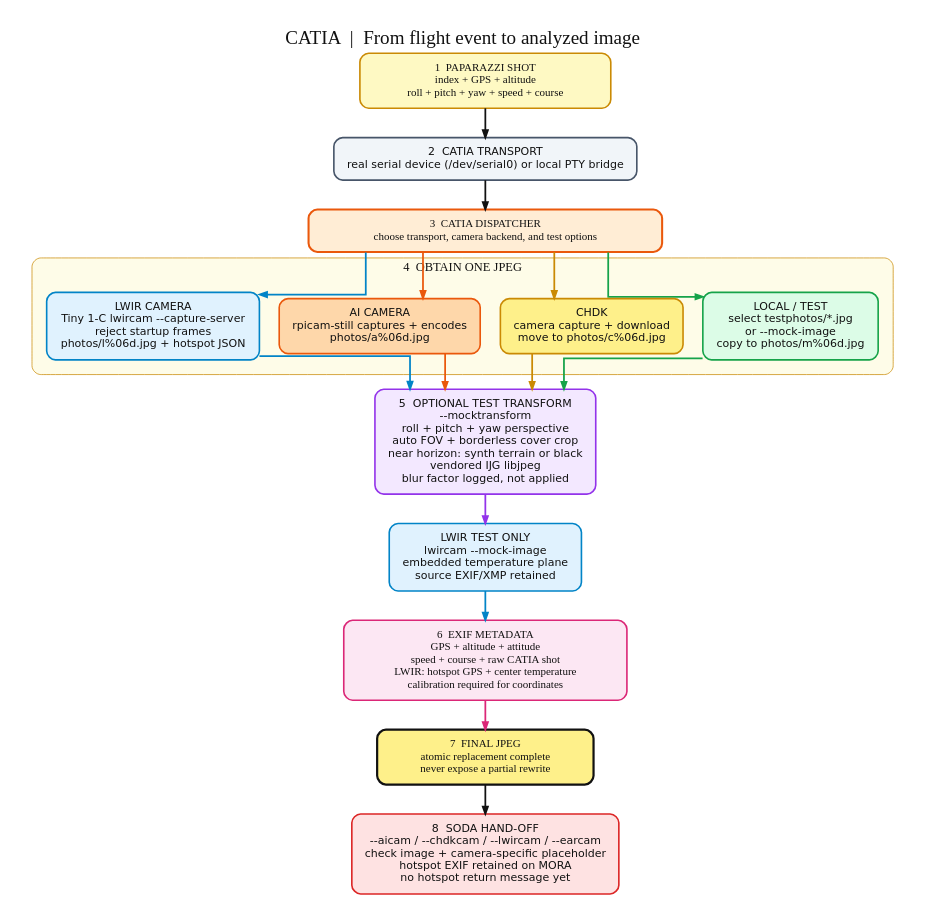
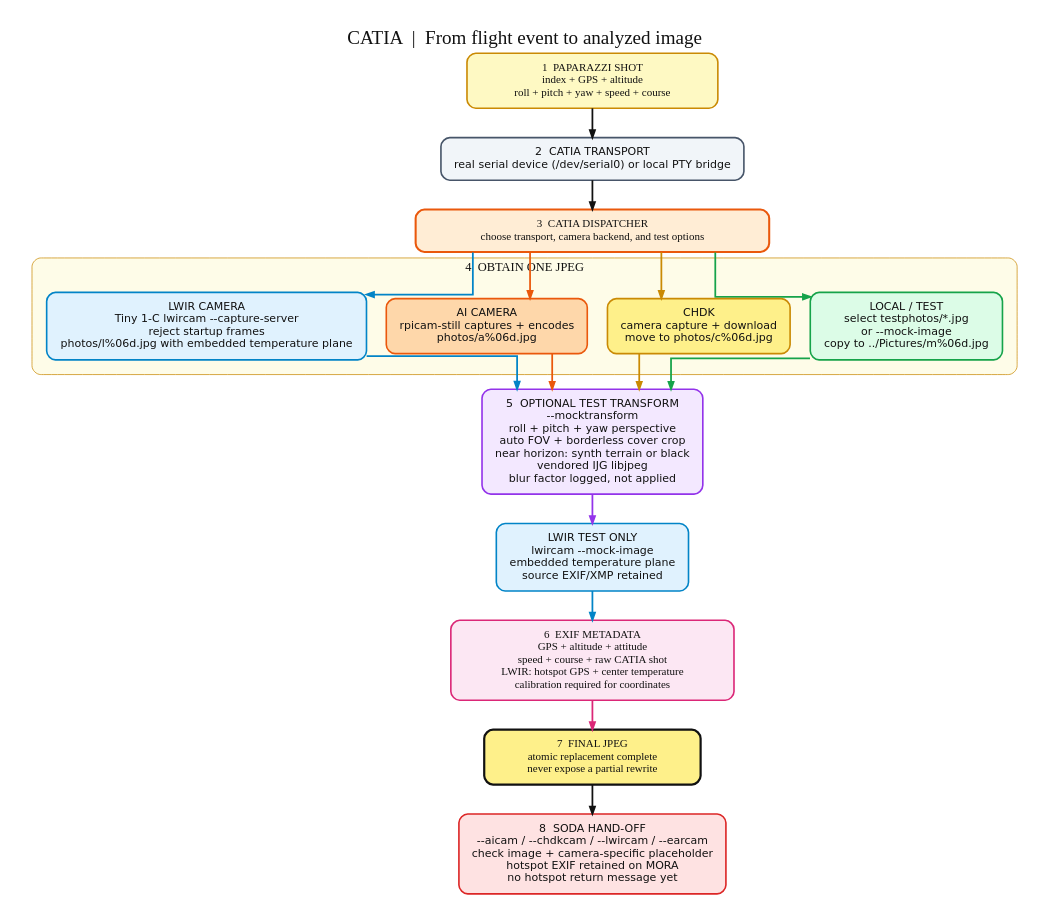
The diagram in sw/airborne/modules/digital_cam/catia/documentation/catia-flow.dot (tudelft/paparazzi), drawn with Graphviz before and after one commit. The commit also changed 242 other files, not shown here.

```diff
--- a/sw/airborne/modules/digital_cam/catia/documentation/catia-flow.dot
+++ b/sw/airborne/modules/digital_cam/catia/documentation/catia-flow.dot
@@ -1,151 +1,151 @@
 digraph CATIA {
   graph [
     rankdir=TB,
     bgcolor="#ffffff",
     pad="0.4",
     nodesep="0.38",
     ranksep="0.55",
     fontname="DejaVu Sans Bold",
     label="CATIA  |  From flight event to analyzed image",
     labelloc="t",
     labeljust="c",
     fontsize=26,
     fontcolor="#111111",
     splines=ortho
   ];
 
   node [
     shape=rect,
     style="rounded,filled",
     fontname="DejaVu Sans",
     fontsize=15,
     fontcolor="#111111",
     color="#111111",
     penwidth=2.2,
     margin="0.25,0.16"
   ];
 
   edge [
     fontname="DejaVu Sans Bold",
     fontsize=13,
     fontcolor="#111111",
     color="#111111",
     penwidth=2.4,
     arrowsize=1.0
   ];
 
   shot [
     label="1  PAPARAZZI SHOT\nindex + GPS + altitude\nroll + pitch + yaw + speed + course",
     fillcolor="#fef9c3",
     color="#ca8a04",
     fontname="DejaVu Sans Bold"
   ];
 
   transport [
     label="2  CATIA TRANSPORT\nreal serial device (/dev/serial0) or local PTY bridge",
     fillcolor="#f1f5f9",
     color="#475569"
   ];
 
   dispatcher [
     label="3  CATIA DISPATCHER\nchoose transport, camera backend, and test options",
     fillcolor="#ffedd5",
     color="#ea580c",
     penwidth=2.8,
     fontname="DejaVu Sans Bold"
   ];
 
   subgraph cluster_capture {
     label="4  OBTAIN ONE JPEG";
     labelloc="t";
     fontsize=17;
     fontname="DejaVu Sans Bold";
     fontcolor="#111111";
     color="#ca8a04";
     fillcolor="#fefce8";
     style="rounded,filled";
     margin=20;
 
     local [
-      label="LOCAL / TEST\nselect testphotos/*.jpg\nor --mock-image\ncopy to photos/m%06d.jpg",
+      label="LOCAL / TEST\nselect testphotos/*.jpg\nor --mock-image\ncopy to ../Pictures/m%06d.jpg",
       fillcolor="#dcfce7",
       color="#16a34a",
       penwidth=2.2
     ];
 
     chdk [
       label="CHDK\ncamera capture + download\nmove to photos/c%06d.jpg",
       fillcolor="#fef08a",
       color="#ca8a04",
       penwidth=2.2
     ];
 
     aicam [
       label="AI CAMERA\nrpicam-still captures + encodes\nphotos/a%06d.jpg",
       fillcolor="#fed7aa",
       color="#ea580c",
       penwidth=2.2
     ];
 
     lwircam [
-      label="LWIR CAMERA\nTiny 1-C lwircam --capture-server\nreject startup frames\nphotos/l%06d.jpg + hotspot JSON",
+      label="LWIR CAMERA\nTiny 1-C lwircam --capture-server\nreject startup frames\nphotos/l%06d.jpg with embedded temperature plane",
       fillcolor="#e0f2fe",
       color="#0284c7",
       penwidth=2.2
     ];
 
     {rank=same; local; chdk; aicam; lwircam;}
   }
 
   transform [
     label="5  OPTIONAL TEST TRANSFORM\n--mocktransform\nroll + pitch + yaw perspective\nauto FOV + borderless cover crop\nnear horizon: synth terrain or black\nvendored IJG libjpeg\nblur factor logged, not applied",
     fillcolor="#f3e8ff",
     color="#9333ea",
     penwidth=2.2
   ];
 
   exif [
     label="6  EXIF METADATA\nGPS + altitude + attitude\nspeed + course + raw CATIA shot\nLWIR: hotspot GPS + center temperature\ncalibration required for coordinates",
     fillcolor="#fce7f3",
     color="#db2777",
     penwidth=2.2,
     fontname="DejaVu Sans Bold"
   ];
 
   mock_hotspots [
     label="LWIR TEST ONLY\nlwircam --mock-image\nembedded temperature plane\nsource EXIF/XMP retained",
     fillcolor="#e0f2fe",
     color="#0284c7",
     penwidth=2.2
   ];
 
   final [
     label="7  FINAL JPEG\natomic replacement complete\nnever expose a partial rewrite",
     fillcolor="#fef08a",
     color="#111111",
     penwidth=3.0,
     fontname="DejaVu Sans Bold"
   ];
 
   soda [
     label="8  SODA HAND-OFF\n--aicam / --chdkcam / --lwircam / --earcam\ncheck image + camera-specific placeholder\nhotspot EXIF retained on MORA\nno hotspot return message yet",
     fillcolor="#fee2e2",
     color="#dc2626",
     penwidth=2.2
   ];
 
   shot -> transport;
   transport -> dispatcher;
   dispatcher -> local [color="#16a34a"];
   dispatcher -> chdk [color="#ca8a04"];
   dispatcher -> aicam [color="#ea580c"];
   dispatcher -> lwircam [color="#0284c7"];
   local -> transform [color="#16a34a"];
   chdk -> transform [color="#ca8a04"];
   aicam -> transform [color="#ea580c"];
   lwircam -> transform [color="#0284c7"];
   transform -> mock_hotspots [color="#9333ea"];
   mock_hotspots -> exif [color="#0284c7"];
   exif -> final [color="#db2777"];
   final -> soda [color="#111111"];
 }
```
